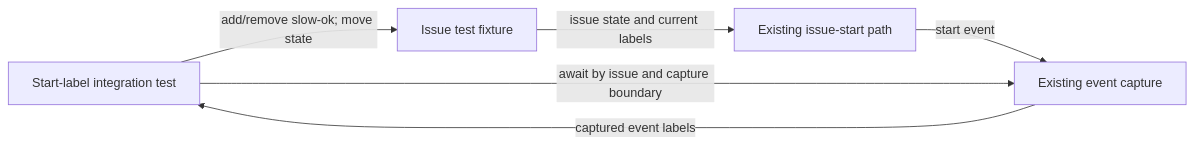
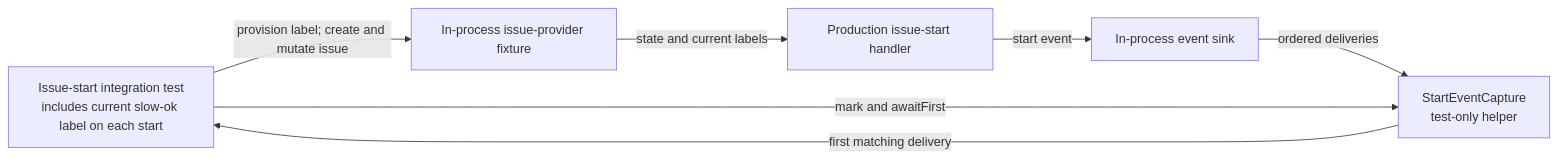
One commit to sachinkundu/deos-sample-project changed the diagram in openspec/changes/sac-173/design.md. Above: the diagram before and after it, drawn with Mermaid. The commit also changed other lines of this file, not shown here.

````diff
--- a/openspec/changes/sac-173/design.md
+++ b/openspec/changes/sac-173/design.md
@@ -47,13 +59,15 @@
 ```mermaid
 flowchart LR
-    T[Start-label integration test]
-    F[Issue test fixture]
-    P[Existing issue-start path]
-    C[Existing event capture]
+    T[Issue-start integration test<br/>includes current slow-ok label on each start]
+    F[In-process issue-provider fixture]
+    H[Production issue-start handler]
+    S[In-process event sink]
+    C[StartEventCapture<br/>test-only helper]
 
-    T -->|add/remove slow-ok; move state| F
-    F -->|issue state and current labels| P
-    P -->|start event| C
-    T -->|await by issue and capture boundary| C
-    C -->|captured event labels| T
+    T -->|provision label; create and mutate issue| F
+    F -->|state and current labels| H
+    H -->|start event| S
+    S -->|ordered deliveries| C
+    T -->|mark and awaitFirst| C
+    C -->|first matching delivery| T
 ```
````
